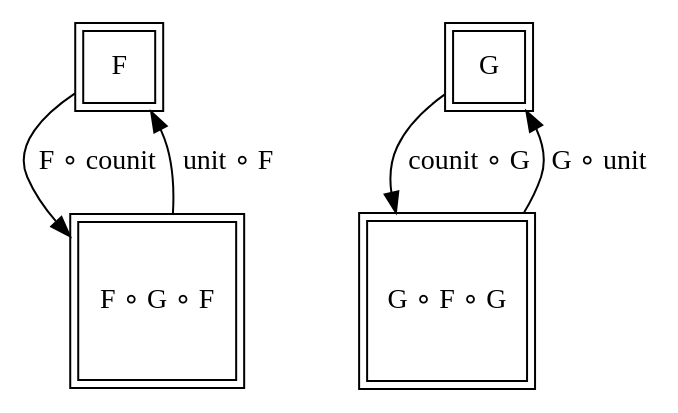
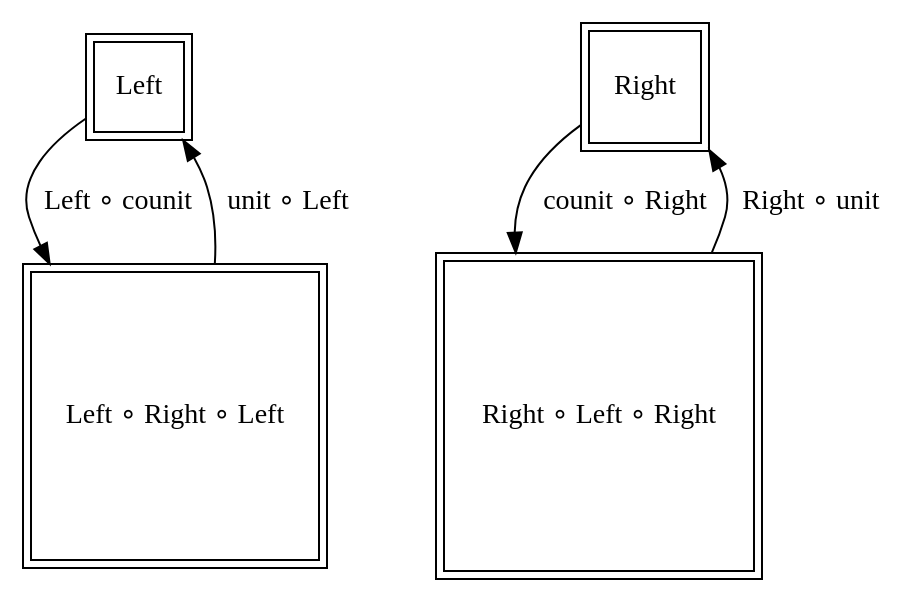
Before and after one commit to frankymacster/category-theory-graphviz: the second of 5 diagrams in adjoint-functors.md, drawn with Graphviz. The commit also changed other lines of this file, not shown here.

Commit message:
adjoint-functor: made diagrams quicker to understand

````diff
--- a/adjoint-functors.md
+++ b/adjoint-functors.md
@@ -20,11 +20,11 @@
 ```graphviz
 digraph G {
   node [shape="square", peripheries=2]
 
-  "F" -> "F ∘ G ∘ F" [label="F ∘ counit"]
-  "F ∘ G ∘ F" -> "F" [label="unit ∘ F"]
+  "Left" -> "Left ∘ Right ∘ Left" [label="Left ∘ counit"]
+  "Left ∘ Right ∘ Left" -> "Left" [label="unit ∘ Left"]
 
-  "G" -> "G ∘ F ∘ G" [label="counit ∘ G"]
-  "G ∘ F ∘ G" -> "G" [label="G ∘ unit"]
+  "Right" -> "Right ∘ Left ∘ Right" [label="counit ∘ Right"]
+  "Right ∘ Left ∘ Right" -> "Right" [label="Right ∘ unit"]
 }
 ```
````
